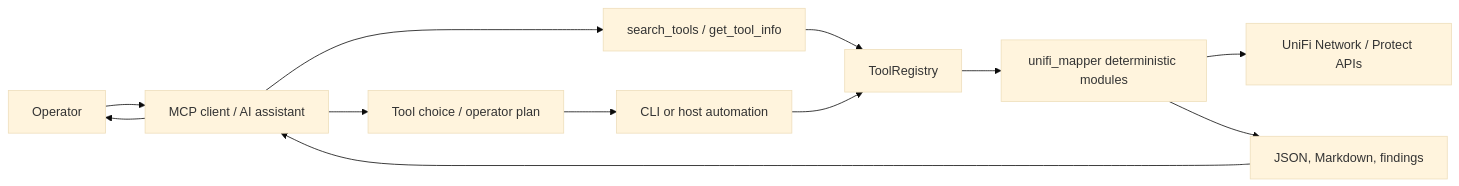
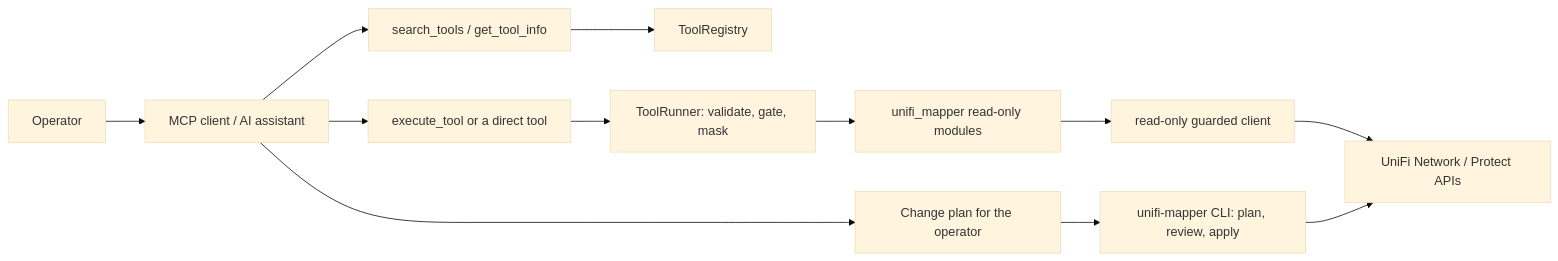
One commit to NetDevAutomate/unifi_management_cli changed the diagram in docs/mcp-server/MCP_SERVER_GUIDE.md. Above: the diagram before and after it, drawn with Mermaid (base theme). The commit also changed other lines of this file and 9 other files, not shown here.

````diff
--- a/docs/mcp-server/MCP_SERVER_GUIDE.md
+++ b/docs/mcp-server/MCP_SERVER_GUIDE.md
@@ -63,14 +324,14 @@
 ```mermaid
 flowchart LR
     User[Operator] --> Assistant[MCP client / AI assistant]
-    Assistant --> Search[search_tools / get_tool_info]
-    Search --> Registry[ToolRegistry]
-    Assistant --> Plan[Tool choice / operator plan]
-    Plan --> Host[CLI or host automation]
-    Host --> Registry
-    Registry --> Python[unifi_mapper deterministic modules]
-    Python --> UniFi[UniFi Network / Protect APIs]
-    Python --> Reports[JSON, Markdown, findings]
-    Reports --> Assistant
-    Assistant --> User
+    Assistant --> Meta[search_tools / get_tool_info]
+    Meta --> Registry[ToolRegistry]
+    Assistant --> Run[execute_tool or a direct tool]
+    Run --> Runner[ToolRunner: validate, gate, mask]
+    Runner --> Python[unifi_mapper read-only modules]
+    Python --> Guard[read-only guarded client]
+    Guard --> UniFi[UniFi Network / Protect APIs]
+    Assistant --> Plan[Change plan for the operator]
+    Plan --> CLI[unifi-mapper CLI: plan, review, apply]
+    CLI --> UniFi
 ```
````
